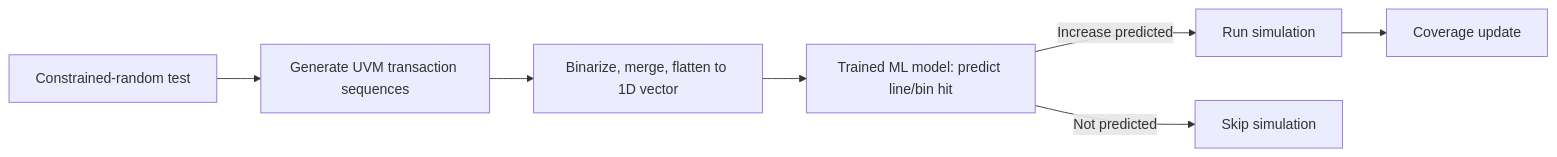
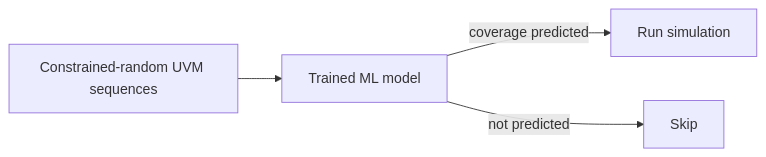
Before and after one commit to nemo99007/yt-paper: the diagram in docs/papers/ref-20261018-133d-accelerating-pre-silicon-verification-coverage-with-transact.md, drawn with Mermaid. The commit also changed other lines of this file and 172 other files, not shown here.

````diff
--- a/docs/papers/ref-20261018-133d-accelerating-pre-silicon-verification-coverage-with-transact.md
+++ b/docs/papers/ref-20261018-133d-accelerating-pre-silicon-verification-coverage-with-transact.md
@@ -173,9 +199,6 @@
 ```mermaid
 flowchart LR
-  A[Constrained-random test] --> B[Generate UVM transaction sequences]
-  B --> C[Binarize, merge, flatten to 1D vector]
-  C --> D[Trained ML model: predict line/bin hit]
-  D -->|Increase predicted| E[Run simulation]
-  D -->|Not predicted| F[Skip simulation]
-  E --> G[Coverage update]
+  A[Constrained-random UVM sequences] --> B[Trained ML model]
+  B -->|coverage predicted| C[Run simulation]
+  B -->|not predicted| D[Skip]
 ```
````
